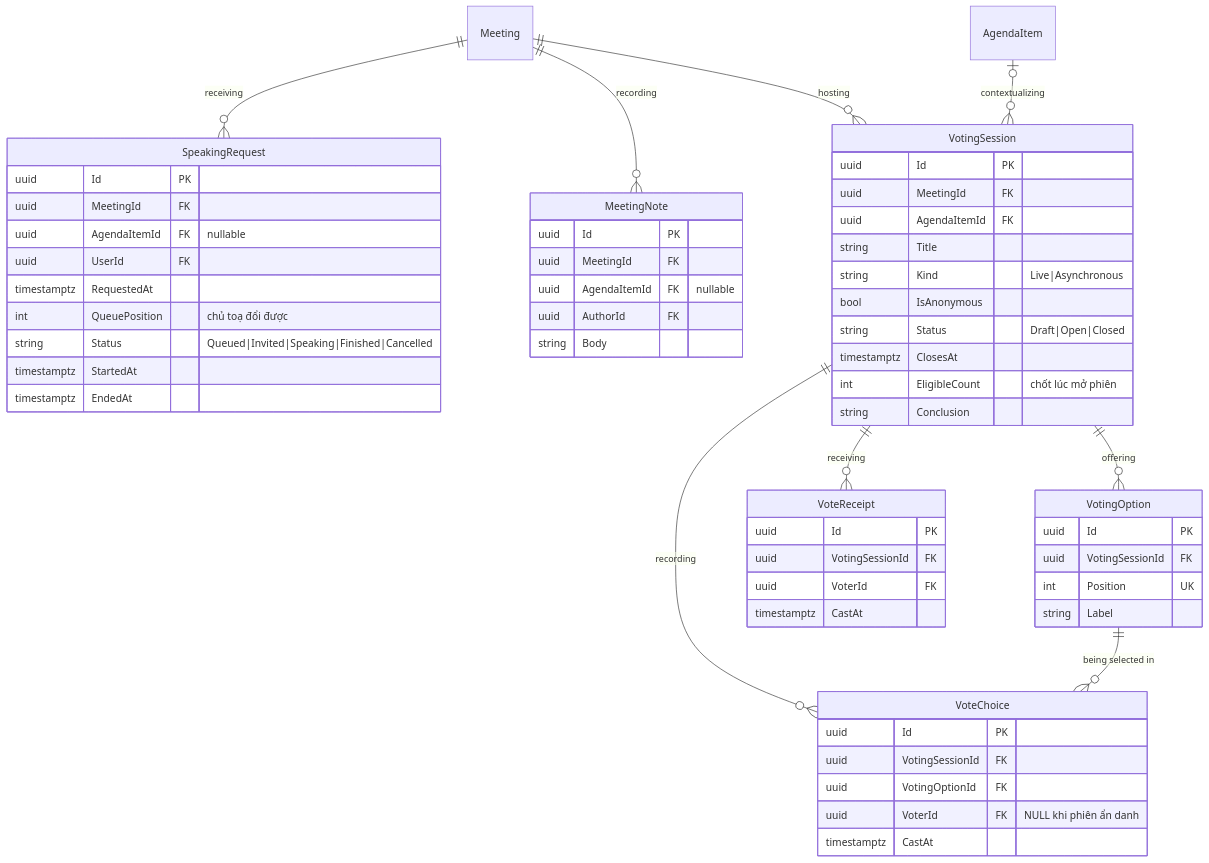
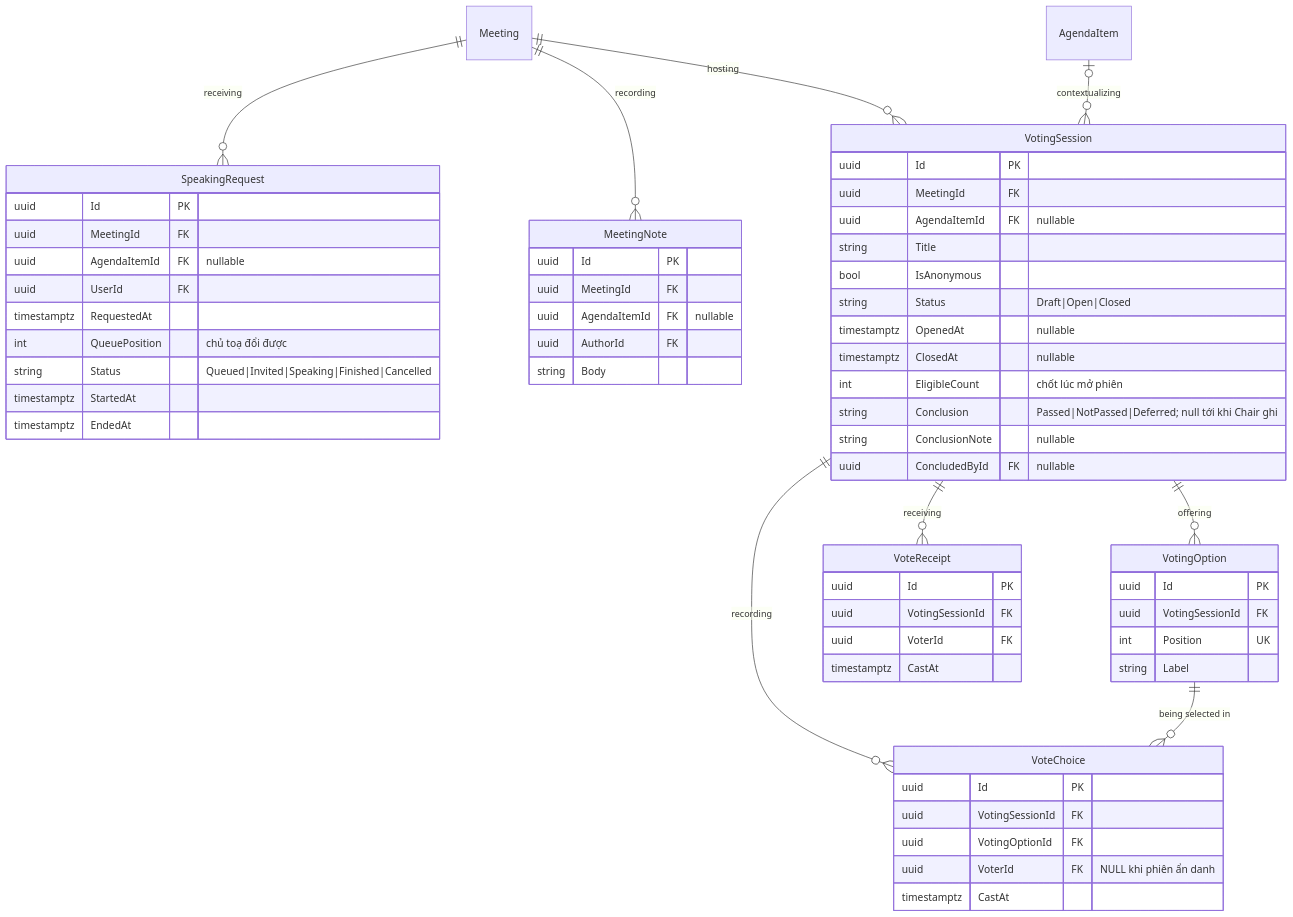
The third of 6 diagrams in docs/02-design/02-erd.md (callmehai/FU-FA26-G116), drawn with Mermaid before and after one commit. The commit also changed other lines of this file and 244 other files, not shown here.

````diff
--- a/docs/02-design/02-erd.md
+++ b/docs/02-design/02-erd.md
@@ -244,61 +238,63 @@
 ```mermaid
 erDiagram
     Meeting ||--o{ SpeakingRequest : "receiving"
     Meeting ||--o{ MeetingNote : "recording"
     Meeting ||--o{ VotingSession : "hosting"
     AgendaItem o|--o{ VotingSession : "contextualizing"
     VotingSession ||--o{ VotingOption : "offering"
     VotingSession ||--o{ VoteReceipt : "receiving"
     VotingSession ||--o{ VoteChoice : "recording"
     VotingOption ||--o{ VoteChoice : "being selected in"
 
     SpeakingRequest {
         uuid Id PK
         uuid MeetingId FK
         uuid AgendaItemId FK "nullable"
         uuid UserId FK
         timestamptz RequestedAt
         int QueuePosition "chủ toạ đổi được"
         string Status "Queued|Invited|Speaking|Finished|Cancelled"
         timestamptz StartedAt
         timestamptz EndedAt
     }
     MeetingNote {
         uuid Id PK
         uuid MeetingId FK
         uuid AgendaItemId FK "nullable"
         uuid AuthorId FK
         string Body
     }
     VotingSession {
         uuid Id PK
         uuid MeetingId FK
-        uuid AgendaItemId FK
+        uuid AgendaItemId FK "nullable"
         string Title
-        string Kind "Live|Asynchronous"
         bool IsAnonymous
         string Status "Draft|Open|Closed"
-        timestamptz ClosesAt
+        timestamptz OpenedAt "nullable"
+        timestamptz ClosedAt "nullable"
         int EligibleCount "chốt lúc mở phiên"
-        string Conclusion
+        string Conclusion "Passed|NotPassed|Deferred; null tới khi Chair ghi"
+        string ConclusionNote "nullable"
+        uuid ConcludedById FK "nullable"
     }
     VotingOption {
         uuid Id PK
         uuid VotingSessionId FK
         int Position UK
         string Label
     }
     VoteReceipt {
         uuid Id PK
         uuid VotingSessionId FK
         uuid VoterId FK
         timestamptz CastAt
     }
     VoteChoice {
         uuid Id PK
         uuid VotingSessionId FK
         uuid VotingOptionId FK
         uuid VoterId FK "NULL khi phiên ẩn danh"
         timestamptz CastAt
     }
 ```
````
